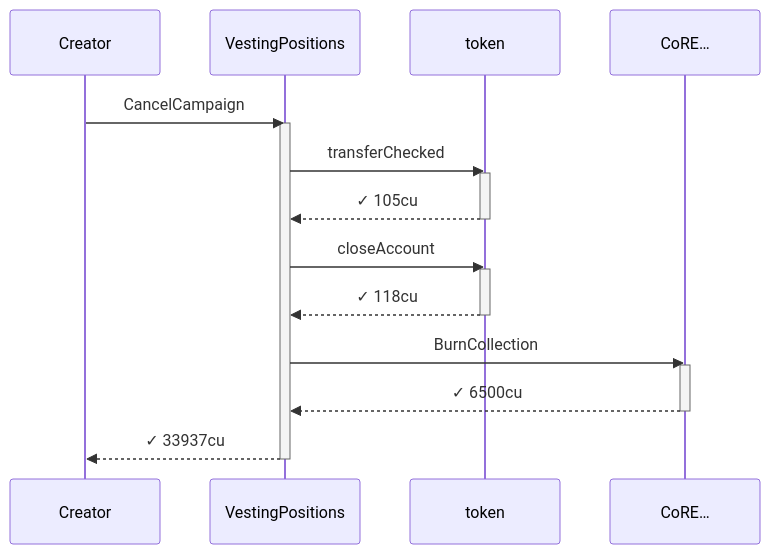
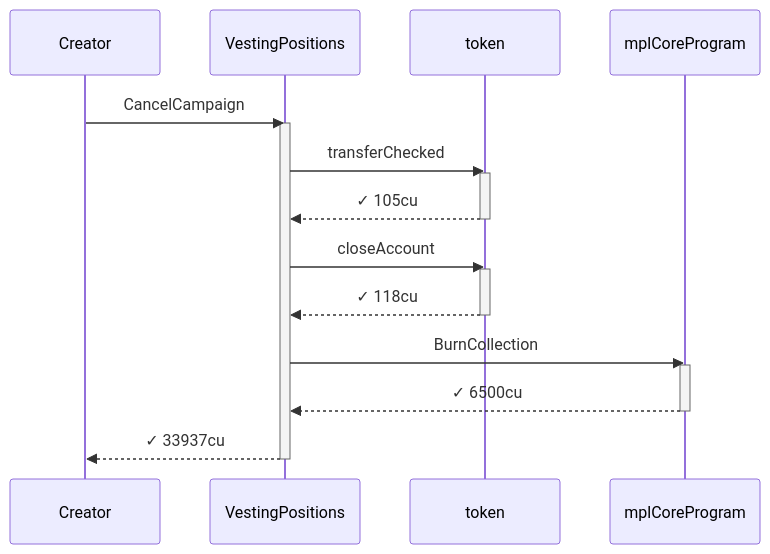
Before and after one commit to cds-turbin3/vesting-position: the fourth of 6 diagrams in babelfish-tests/test-report/cancel_campaign_returns_deposit_and_closes_accounts.md, drawn with Mermaid. The commit also changed other lines of this file and 106 other files, not shown here.

````diff
--- a/babelfish-tests/test-report/cancel_campaign_returns_deposit_and_closes_accounts.md
+++ b/babelfish-tests/test-report/cancel_campaign_returns_deposit_and_closes_accounts.md
@@ -205,23 +204,23 @@
 ```mermaid
 sequenceDiagram
     participant p0 as Creator
     participant p1 as VestingPositions
     participant p2 as token
-    participant p3 as CoRE…
+    participant p3 as mplCoreProgram
     p0->>p1: CancelCampaign
     activate p1
     p1->>p2: transferChecked
     activate p2
     p2-->>p1: ✓ 105cu
     deactivate p2
     p1->>p2: closeAccount
     activate p2
     p2-->>p1: ✓ 118cu
     deactivate p2
     p1->>p3: BurnCollection
     activate p3
     p3-->>p1: ✓ 6500cu
     deactivate p3
     p1-->>p0: ✓ 33937cu
     deactivate p1
 ```
````
